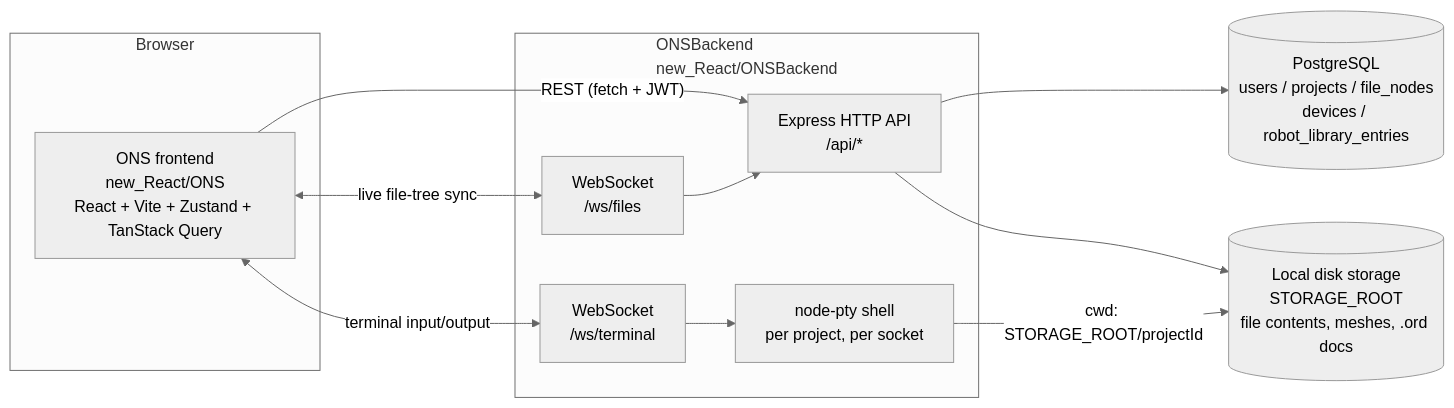
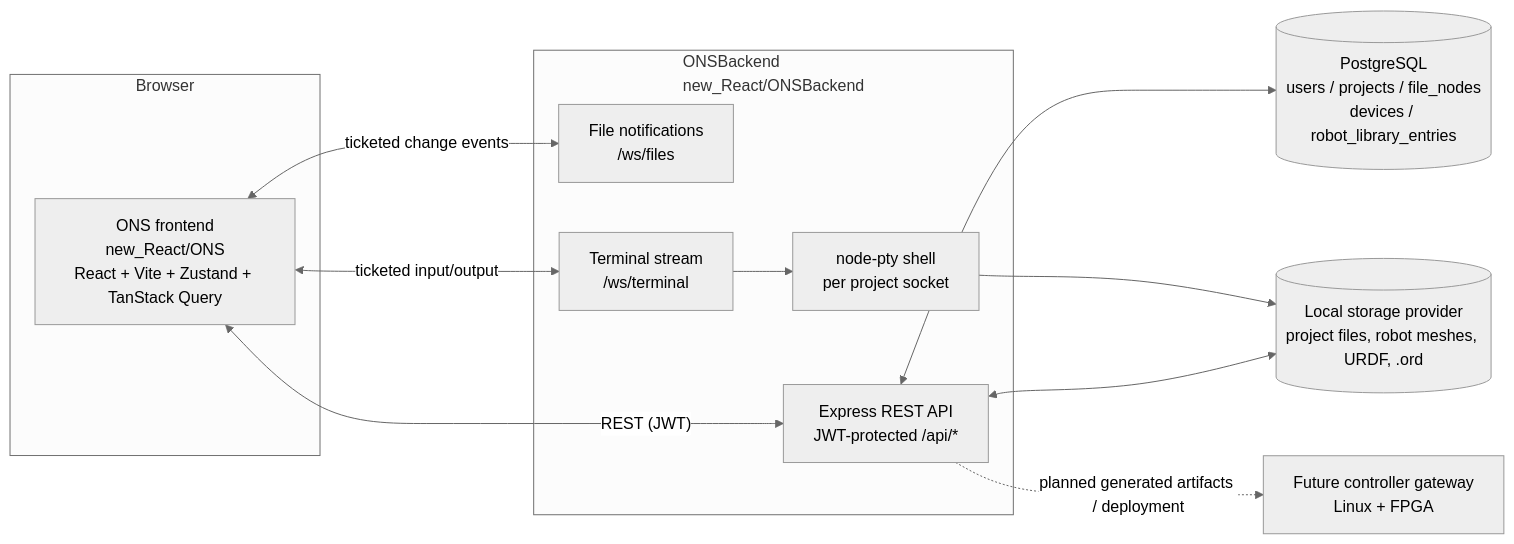
One commit to Ash786Sharma/Robot_Studio changed the first of 11 diagrams in docs/ARCHITECTURE.md. Above: the diagram before and after it, drawn with Mermaid (neutral theme). The commit also changed other lines of this file and 26 other files, not shown here.

````diff
--- a/docs/ARCHITECTURE.md
+++ b/docs/ARCHITECTURE.md
@@ -9,25 +9,24 @@
 ```mermaid
 flowchart LR
     subgraph Client["Browser"]
-        FE["ONS frontend\nnew_React/ONS\nReact + Vite + Zustand + TanStack Query"]
+    FE["ONS frontend\nnew_React/ONS\nReact + Vite + Zustand + TanStack Query"]
     end
 
     subgraph Server["ONSBackend\nnew_React/ONSBackend"]
-        HTTP["Express HTTP API\n/api/*"]
-        WSFILES["WebSocket\n/ws/files"]
-        WSTERM["WebSocket\n/ws/terminal"]
-        PTY["node-pty shell\nper project, per socket"]
+    HTTP["Express REST API\nJWT-protected /api/*"]
+    WSFILES["File notifications\n/ws/files"]
+    WSTERM["Terminal stream\n/ws/terminal"]
+    PTY["node-pty shell\nper project socket"]
     end
 
     PG[("PostgreSQL\nusers / projects / file_nodes\ndevices / robot_library_entries")]
-    DISK[("Local disk storage\nSTORAGE_ROOT\nfile contents, meshes, .ord docs")]
+  DISK[("Local storage provider\nproject files, robot meshes, URDF, .ord")]
 
-    FE -- "REST (fetch + JWT)" --> HTTP
-    FE <-- "live file-tree sync" --> WSFILES
-    FE <-- "terminal input/output" --> WSTERM
-    WSTERM --> PTY
-    PTY -- "cwd: STORAGE_ROOT/projectId" --> DISK
-    HTTP --> PG
-    HTTP --> DISK
-    WSFILES --> HTTP
+  FE <-->|"REST (JWT)"| HTTP
+  FE <-->|"ticketed change events"| WSFILES
+  FE <-->|"ticketed input/output"| WSTERM
+  WSTERM --> PTY --> DISK
+  HTTP <--> PG
+  HTTP <--> DISK
+  HTTP -. "planned generated artifacts / deployment" .-> CTRL["Future controller gateway\nLinux + FPGA"]
 ```
````
